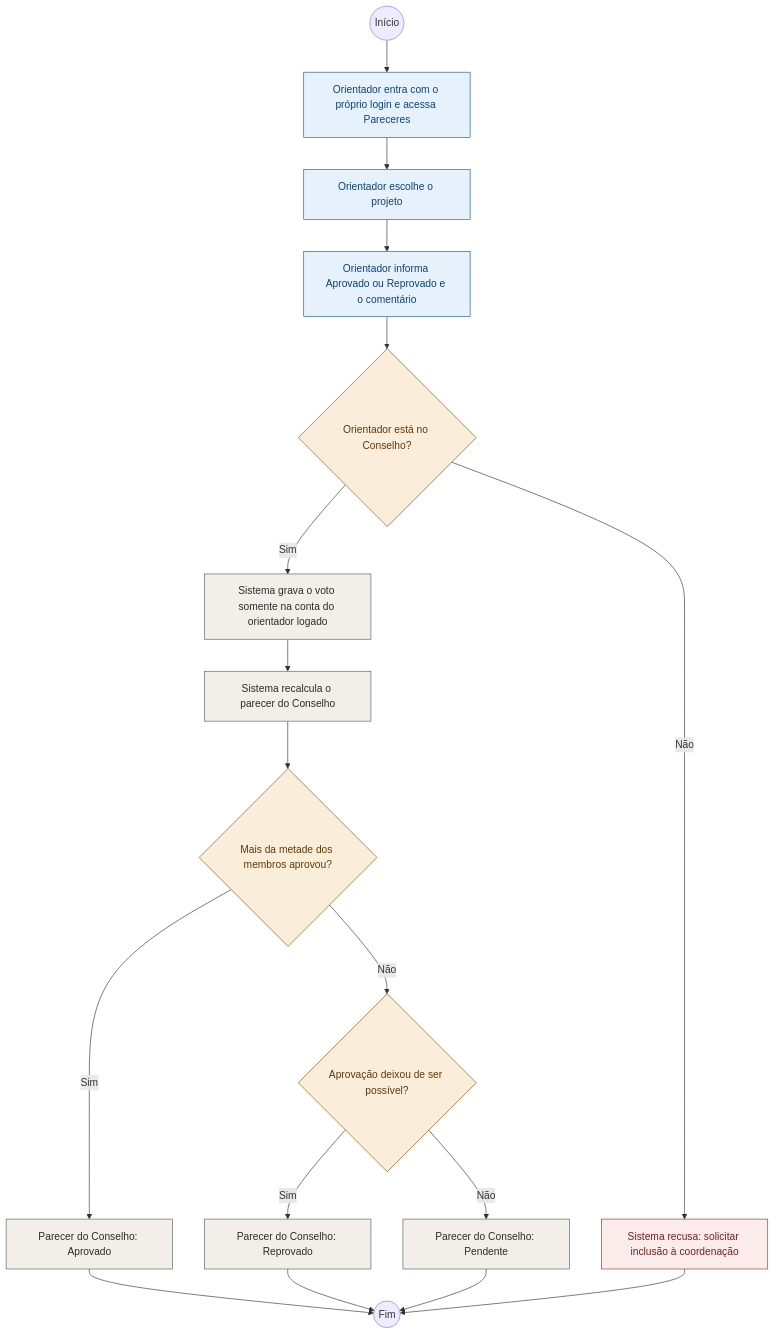
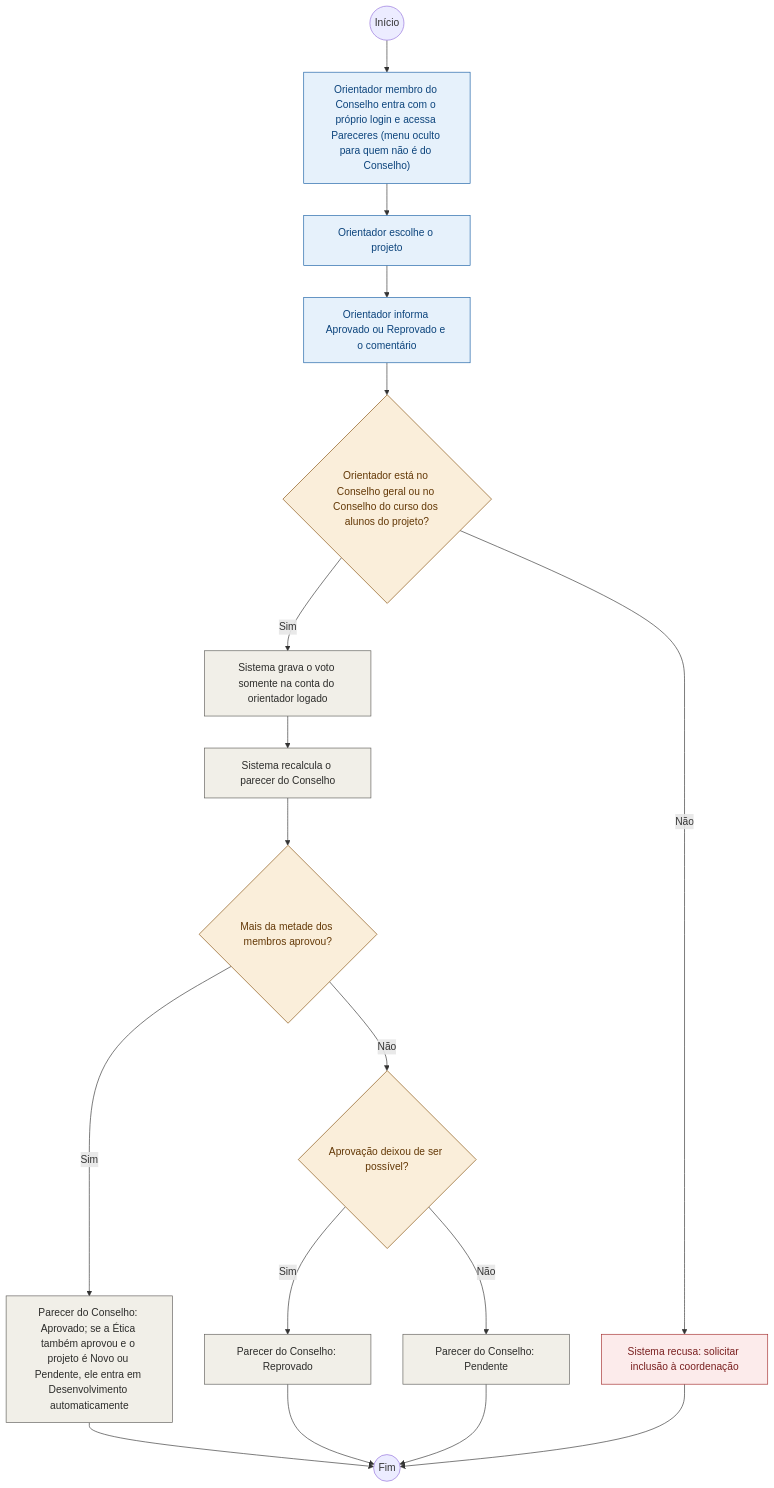
Before and after one commit to HevertonMarques/desweb_rep: the diagram in documentos/atividades/07-votar-conselho.mmd, drawn with Mermaid. The commit also changed 26 other files, not shown here.

```diff
--- a/documentos/atividades/07-votar-conselho.mmd
+++ b/documentos/atividades/07-votar-conselho.mmd
@@ -1,25 +1,25 @@
 flowchart TD
-  ini(("Início")) --> a1["Orientador entra com o próprio login e acessa Pareceres"]
+  ini(("Início")) --> a1["Orientador membro do Conselho entra com o próprio login e acessa Pareceres (menu oculto para quem não é do Conselho)"]
   a1 --> a2["Orientador escolhe o projeto"]
   a2 --> a3["Orientador informa Aprovado ou Reprovado e o comentário"]
-  a3 --> d1{"Orientador está no Conselho?"}
+  a3 --> d1{"Orientador está no Conselho geral ou no Conselho do curso dos alunos do projeto?"}
   d1 -- Não --> e1["Sistema recusa: solicitar inclusão à coordenação"]
   d1 -- Sim --> s1["Sistema grava o voto somente na conta do orientador logado"]
   s1 --> s2["Sistema recalcula o parecer do Conselho"]
   s2 --> d2{"Mais da metade dos membros aprovou?"}
-  d2 -- Sim --> s3["Parecer do Conselho: Aprovado"]
+  d2 -- Sim --> s3["Parecer do Conselho: Aprovado; se a Ética também aprovou e o projeto é Novo ou Pendente, ele entra em Desenvolvimento automaticamente"]
   d2 -- Não --> d3{"Aprovação deixou de ser possível?"}
   d3 -- Sim --> s4["Parecer do Conselho: Reprovado"]
   d3 -- Não --> s5["Parecer do Conselho: Pendente"]
   s3 --> fim((Fim))
   s4 --> fim
   s5 --> fim
   e1 --> fim
   classDef ator fill:#E6F1FB,stroke:#185FA5,color:#0C447C
   classDef sis fill:#F1EFE8,stroke:#5F5E5A,color:#2C2C2A
   classDef dec fill:#FAEEDA,stroke:#854F0B,color:#633806
   classDef err fill:#FCEBEB,stroke:#A32D2D,color:#791F1F
   class a1,a2,a3 ator
   class s1,s2,s3,s4,s5 sis
   class d1,d2,d3 dec
   class e1 err
```
